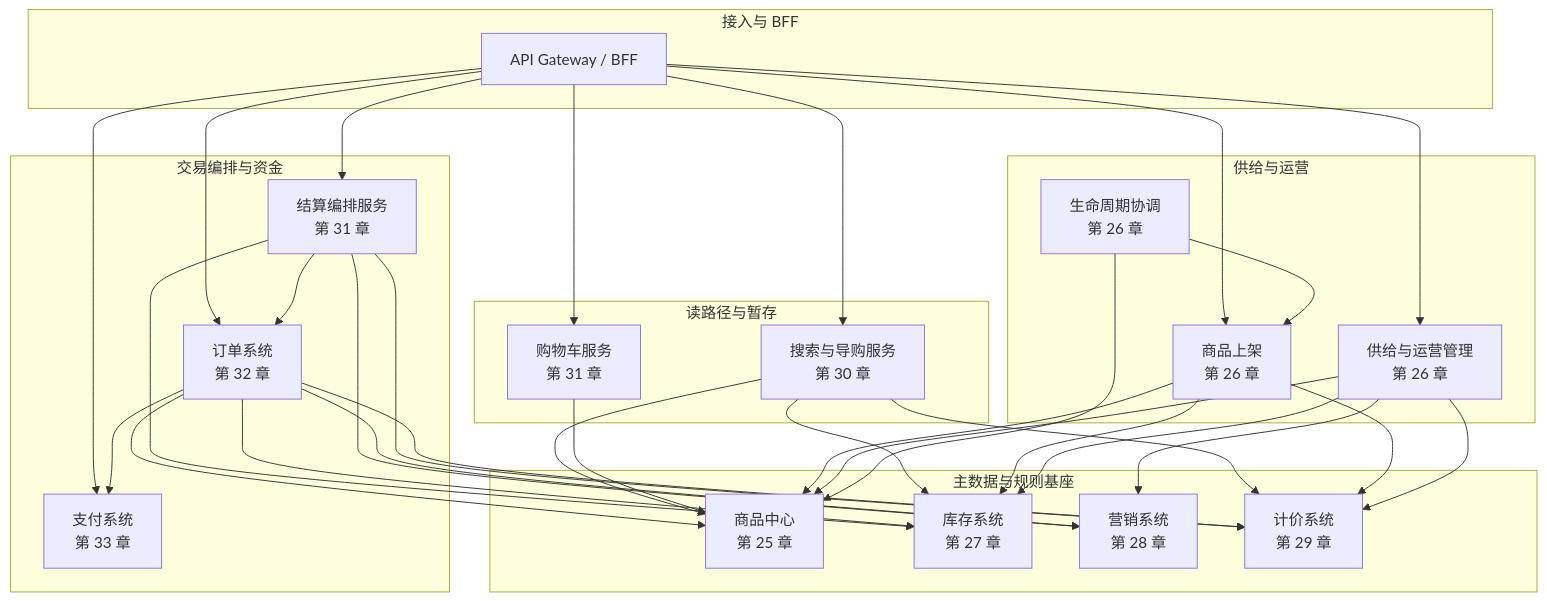
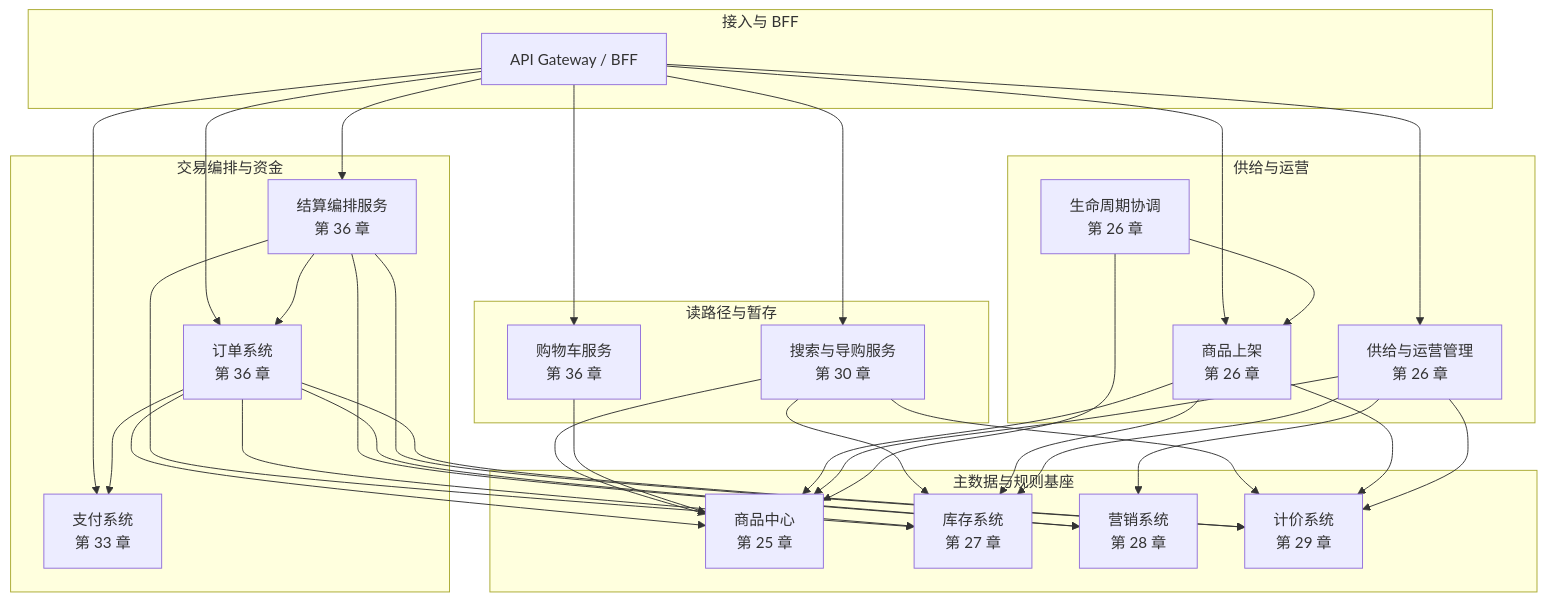
Before and after one commit to wxquare/wxquare.github.io: the third of 9 diagrams in books/system-design-primer/src/part03/01-ecommerce-overview.md, drawn with Mermaid. The commit also changed other lines of this file and 15 other files, not shown here.

````diff
--- a/books/system-design-primer/src/part03/01-ecommerce-overview.md
+++ b/books/system-design-primer/src/part03/01-ecommerce-overview.md
@@ -166,64 +166,64 @@
 ```mermaid
 flowchart TB
   subgraph L0["接入与 BFF"]
     GW[API Gateway / BFF]
   end
 
   subgraph L_read["读路径与暂存"]
     SearchSvc["搜索与导购服务<br/>第 30 章"]
-    CartSvc["购物车服务<br/>第 31 章"]
+    CartSvc["购物车服务<br/>第 36 章"]
   end
 
   subgraph L_data["主数据与规则基座"]
     ProductSvc["商品中心<br/>第 25 章"]
     InvSvc["库存系统<br/>第 27 章"]
     MktSvc["营销系统<br/>第 28 章"]
     PriceSvc["计价系统<br/>第 29 章"]
   end
 
   subgraph L_trade["交易编排与资金"]
-    CheckoutSvc["结算编排服务<br/>第 31 章"]
-    OrderSvc["订单系统<br/>第 32 章"]
+    CheckoutSvc["结算编排服务<br/>第 36 章"]
+    OrderSvc["订单系统<br/>第 36 章"]
     PaySvc["支付系统<br/>第 33 章"]
   end
 
   subgraph L_supply["供给与运营"]
     ListingSvc["商品上架<br/>第 26 章"]
     OpsSvc["供给与运营管理<br/>第 26 章"]
     LifeSvc["生命周期协调<br/>第 26 章"]
   end
 
   GW --> SearchSvc
   GW --> CartSvc
   GW --> CheckoutSvc
   GW --> OrderSvc
   GW --> PaySvc
   GW --> ListingSvc
   GW --> OpsSvc
 
   SearchSvc --> ProductSvc
   SearchSvc --> InvSvc
   SearchSvc --> PriceSvc
   CartSvc --> ProductSvc
 
   CheckoutSvc --> PriceSvc
   CheckoutSvc --> InvSvc
   CheckoutSvc --> MktSvc
   CheckoutSvc --> OrderSvc
 
   OrderSvc --> ProductSvc
   OrderSvc --> InvSvc
   OrderSvc --> MktSvc
   OrderSvc --> PriceSvc
   OrderSvc --> PaySvc
 
   ListingSvc --> ProductSvc
   ListingSvc --> InvSvc
   ListingSvc --> PriceSvc
   OpsSvc --> ProductSvc
   OpsSvc --> InvSvc
   OpsSvc --> MktSvc
   OpsSvc --> PriceSvc
   LifeSvc --> ProductSvc
   LifeSvc --> ListingSvc
 ```
````
